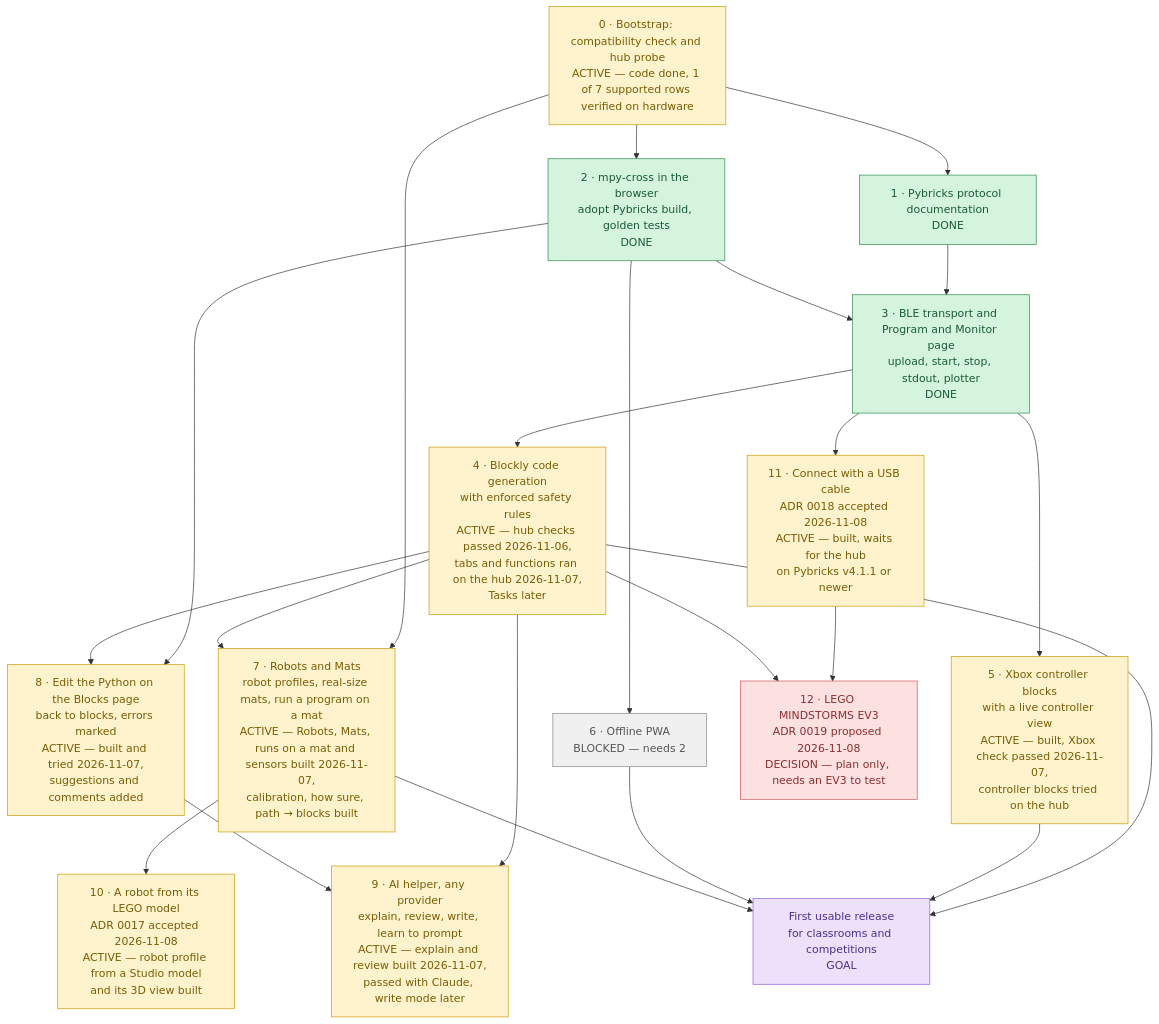
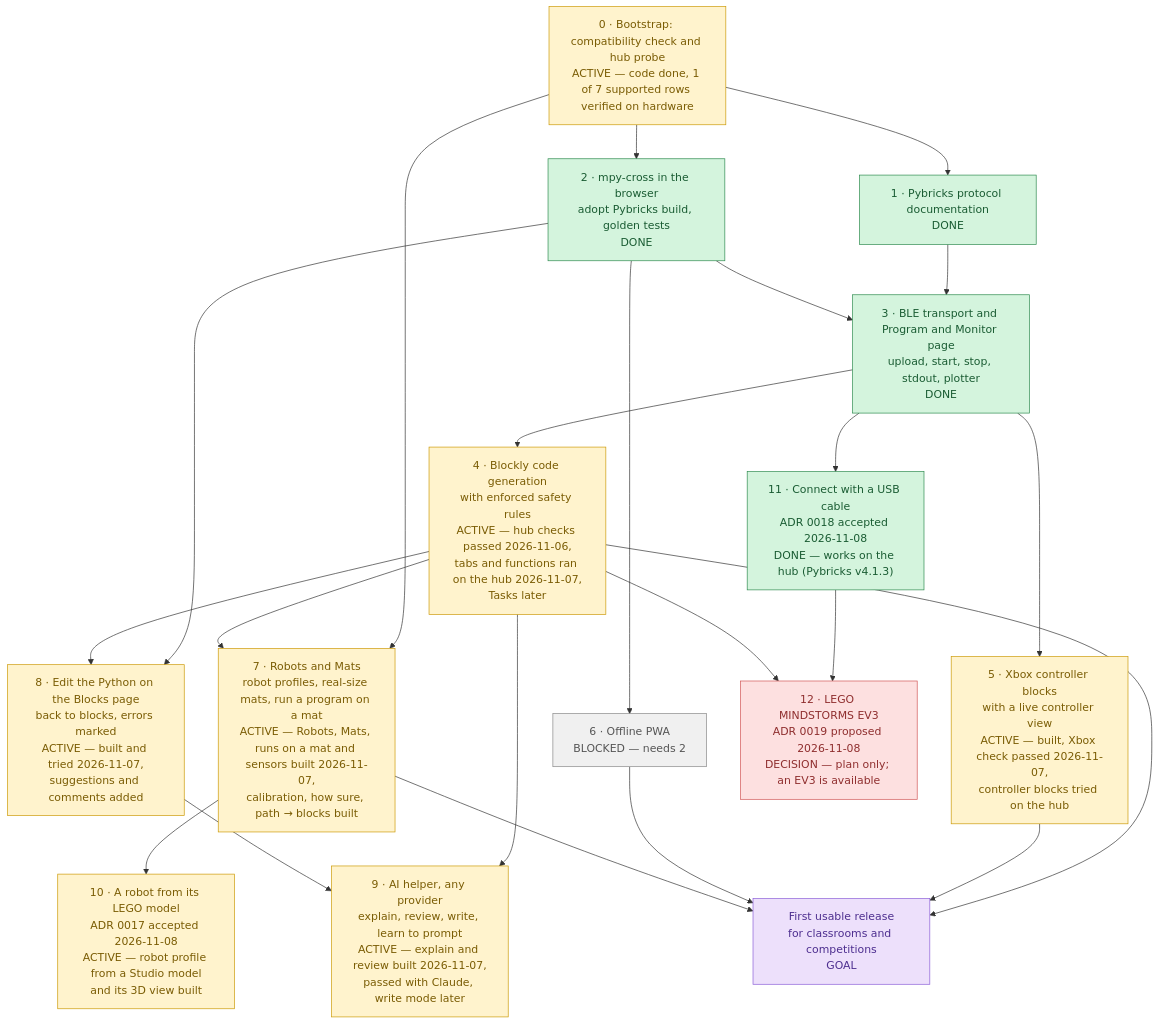
Before and after one commit to lumduan/matpilot: the diagram in docs/roadmap.md, drawn with Mermaid. The commit also changed other lines of this file and 7 other files, not shown here.

````diff
--- a/docs/roadmap.md
+++ b/docs/roadmap.md
@@ -10,57 +10,57 @@
 ```mermaid
 flowchart TD
     M0["0 · Bootstrap: compatibility check and hub probe<br/>ACTIVE — code done, 1 of 7 supported rows verified on hardware"]
     M1["1 · Pybricks protocol documentation<br/>DONE"]
     M2["2 · mpy-cross in the browser<br/>adopt Pybricks build, golden tests<br/>DONE"]
     M3["3 · BLE transport and Program and Monitor page<br/>upload, start, stop, stdout, plotter<br/>DONE"]
     M4["4 · Blockly code generation<br/>with enforced safety rules<br/>ACTIVE — hub checks passed 2026-11-06,<br/>tabs and functions ran on the hub 2026-11-07,<br/>Tasks later"]
     M5["5 · Xbox controller blocks<br/>with a live controller view<br/>ACTIVE — built, Xbox check passed 2026-11-07,<br/>controller blocks tried on the hub"]
     M6["6 · Offline PWA<br/>BLOCKED — needs 2"]
     M7["7 · Robots and Mats<br/>robot profiles, real-size mats, run a program on a mat<br/>ACTIVE — Robots, Mats, runs on a mat and sensors built 2026-11-07,<br/>calibration, how sure, path → blocks built"]
     M10["10 · A robot from its LEGO model<br/>ADR 0017 accepted 2026-11-08<br/>ACTIVE — robot profile from a Studio model<br/>and its 3D view built"]
     M8["8 · Edit the Python on the Blocks page<br/>back to blocks, errors marked<br/>ACTIVE — built and tried 2026-11-07,<br/>suggestions and comments added"]
     M9["9 · AI helper, any provider<br/>explain, review, write, learn to prompt<br/>ACTIVE — explain and review built 2026-11-07,<br/>passed with Claude, write mode later"]
-    M11["11 · Connect with a USB cable<br/>ADR 0018 accepted 2026-11-08<br/>ACTIVE — built, waits for the hub<br/>on Pybricks v4.1.1 or newer"]
-    M12["12 · LEGO MINDSTORMS EV3<br/>ADR 0019 proposed 2026-11-08<br/>DECISION — plan only, needs an EV3 to test"]
+    M11["11 · Connect with a USB cable<br/>ADR 0018 accepted 2026-11-08<br/>DONE — works on the hub (Pybricks v4.1.3)"]
+    M12["12 · LEGO MINDSTORMS EV3<br/>ADR 0019 proposed 2026-11-08<br/>DECISION — plan only; an EV3 is available"]
     GOAL["First usable release<br/>for classrooms and competitions<br/>GOAL"]
 
     M0 --> M1
     M0 --> M2
     M0 --> M7
     M4 --> M7
     M7 --> M10
     M1 --> M3
     M2 --> M3
     M3 --> M4
     M3 --> M5
     M2 --> M6
     M4 --> GOAL
     M5 --> GOAL
     M6 --> GOAL
     M7 --> GOAL
     M2 --> M8
     M4 --> M8
     M4 --> M9
     M8 --> M9
     M3 --> M11
     M11 --> M12
     M4 --> M12
 
     classDef done     fill:#d4f4dd,stroke:#2d8a4e,color:#1a5c33
     classDef active   fill:#fff3cd,stroke:#cc9a06,color:#7a5c04
     classDef ready    fill:#d6e9ff,stroke:#3b7dd8,color:#1e4d8f
     classDef blocked  fill:#f0f0f0,stroke:#888,color:#555
     classDef goal     fill:#ede0fb,stroke:#8a5cd8,color:#4d2e8f
     classDef decision fill:#fde0e0,stroke:#d05555,color:#8f2e2e
 
     class M0,M4,M5 active
     class M1,M2,M3 done
     class M7 active
     class M6 blocked
     class M10 active
     class GOAL goal
     class M8 active
     class M9 active
-    class M11 active
+    class M11 done
     class M12 decision
 ```
````
